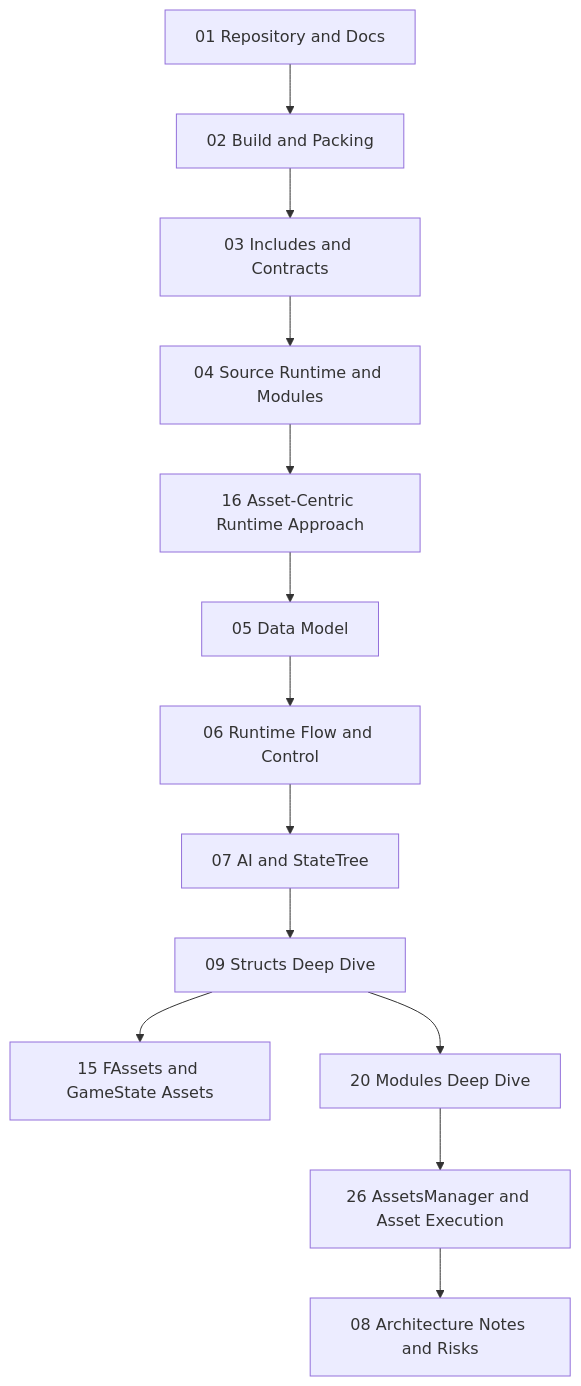
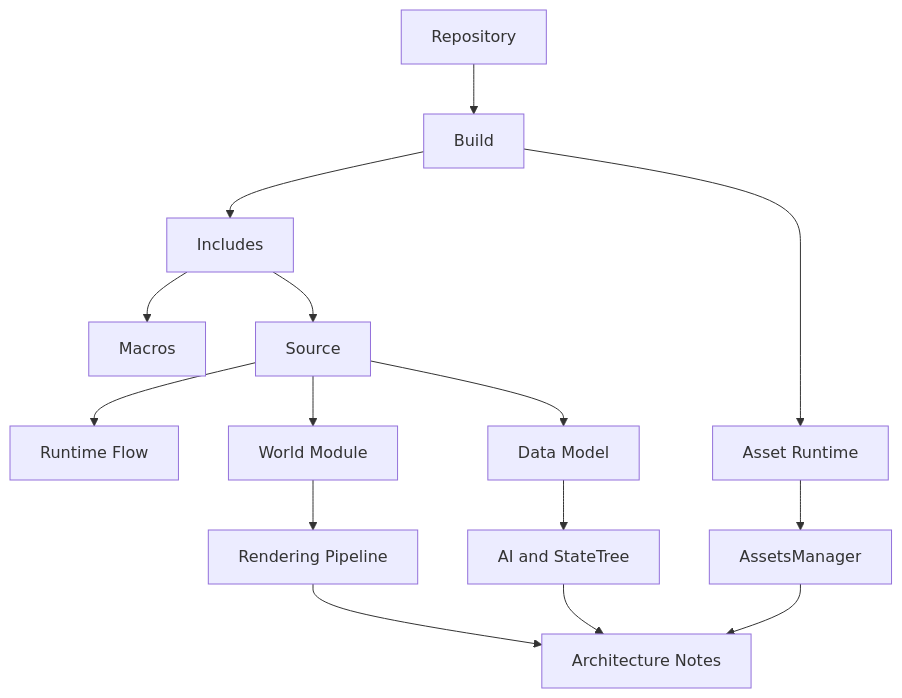
The diagram in Docs/Architecture/00_Index.md (DeadlyKom/HoMM), drawn with Mermaid before and after one commit. The commit also changed other lines of this file and 26 other files, not shown here.

````diff
--- a/Docs/Architecture/00_Index.md
+++ b/Docs/Architecture/00_Index.md
@@ -73,15 +157,17 @@
 ```mermaid
 flowchart TD
-    A[01 Repository and Docs] --> B[02 Build and Packing]
-    B --> C[03 Includes and Contracts]
-    C --> D[04 Source Runtime and Modules]
-    D --> K[16 Asset-Centric Runtime Approach]
-    K --> E[05 Data Model]
-    E --> F[06 Runtime Flow and Control]
-    F --> G[07 AI and StateTree]
-    G --> H[09 Structs Deep Dive]
-    H --> L[15 FAssets and GameState Assets]
-    H --> I[20 Modules Deep Dive]
-    I --> M[26 AssetsManager and Asset Execution]
-    M --> J[08 Architecture Notes and Risks]
+    A[Repository] --> B[Build]
+    B --> C[Includes]
+    C --> D[Macros]
+    C --> E[Source]
+    E --> F[Runtime Flow]
+    E --> G[World Module]
+    G --> H[Rendering Pipeline]
+    B --> I[Asset Runtime]
+    I --> J[AssetsManager]
+    E --> K[Data Model]
+    K --> L[AI and StateTree]
+    J --> M[Architecture Notes]
+    H --> M
+    L --> M
 ```
````
